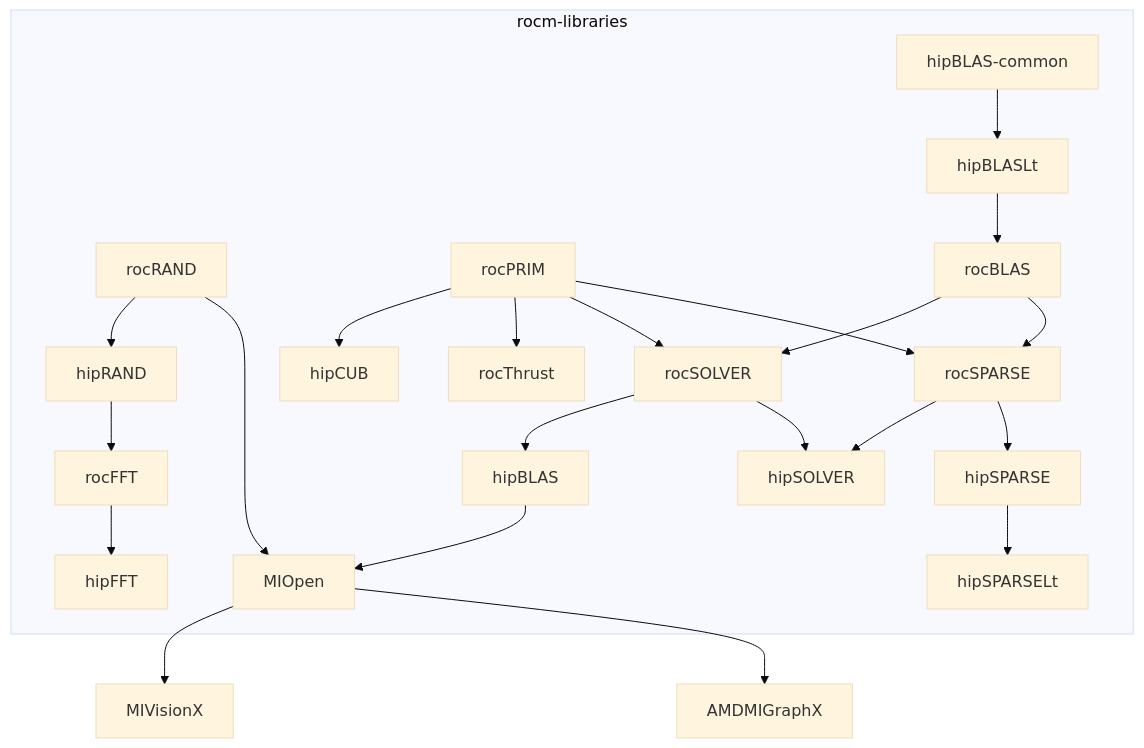
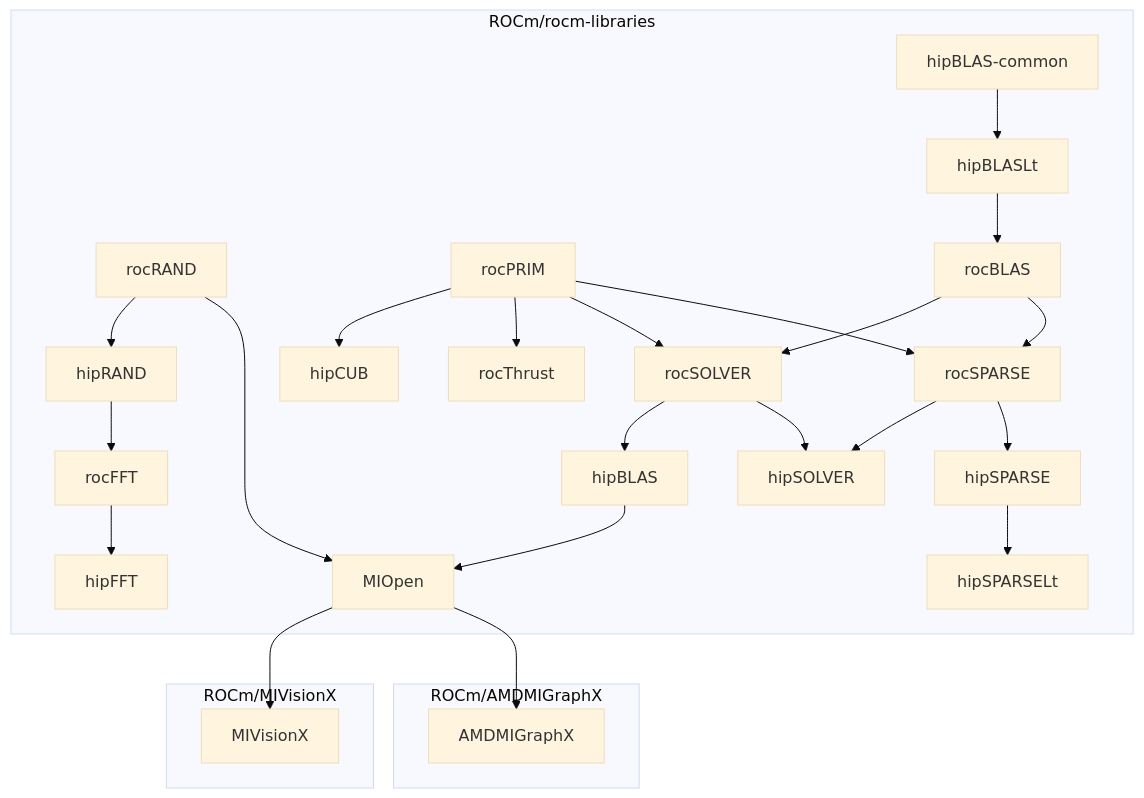
Before and after one commit to robotchaoX/rocm-libraries: the diagram in docs/continuous-integration.md, drawn with Mermaid (base theme).

Commit message:
put external repos in subgraphs

````diff
--- a/docs/continuous-integration.md
+++ b/docs/continuous-integration.md
@@ -94,43 +94,49 @@
 ```mermaid
 graph TD;
-  subgraph rocm-libraries
+  subgraph ROCm/rocm-libraries
     rocRAND
     hipRAND
     rocFFT
     hipFFT
     rocPRIM
     hipCUB
     rocThrust
     hipBLAS-common
     hipBLASLt
     rocBLAS
     rocSOLVER
     rocSPARSE
     hipBLAS
     hipSOLVER
     hipSPARSE
     MIOpen
     hipSPARSELt
+  end
+  subgraph ROCm/MIVisionX
+    MIVisionX
+  end
+  subgraph ROCm/AMDMIGraphX
+    AMDMIGraphX
   end
 
   rocRAND-->hipRAND
   rocRAND-->MIOpen
   hipRAND-->rocFFT
   rocFFT-->hipFFT
   rocPRIM-->hipCUB
   rocPRIM-->rocThrust
   rocPRIM-->rocSOLVER
   rocPRIM-->rocSPARSE
   hipBLAS-common-->hipBLASLt
   hipBLASLt-->rocBLAS
   rocBLAS-->rocSOLVER
   rocBLAS-->rocSPARSE
   rocSOLVER-->hipBLAS
   rocSOLVER-->hipSOLVER
   rocSPARSE-->hipSOLVER
   rocSPARSE-->hipSPARSE
   hipBLAS-->MIOpen
   hipSPARSE-->hipSPARSELt
   MIOpen-->MIVisionX
   MIOpen-->AMDMIGraphX
 ```
````
